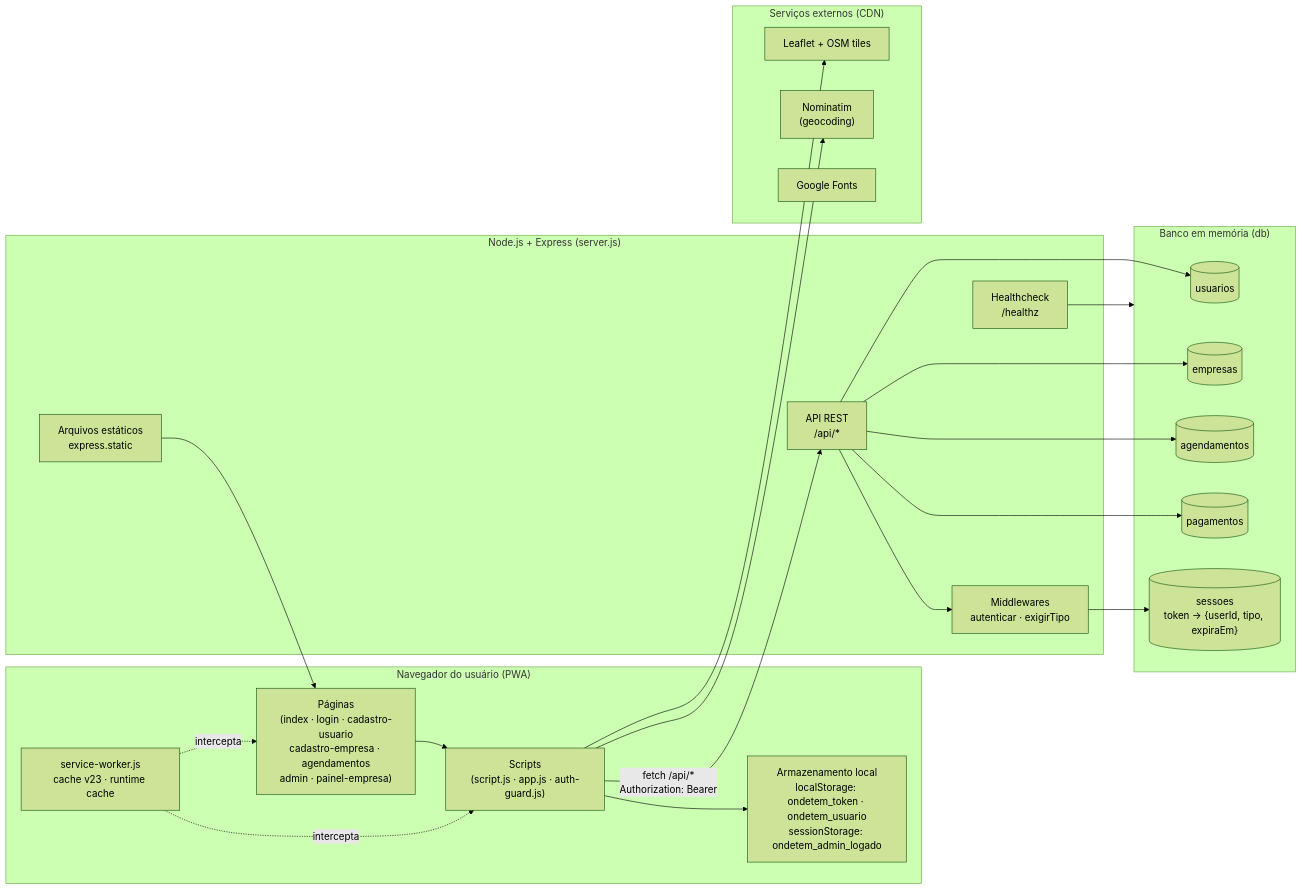
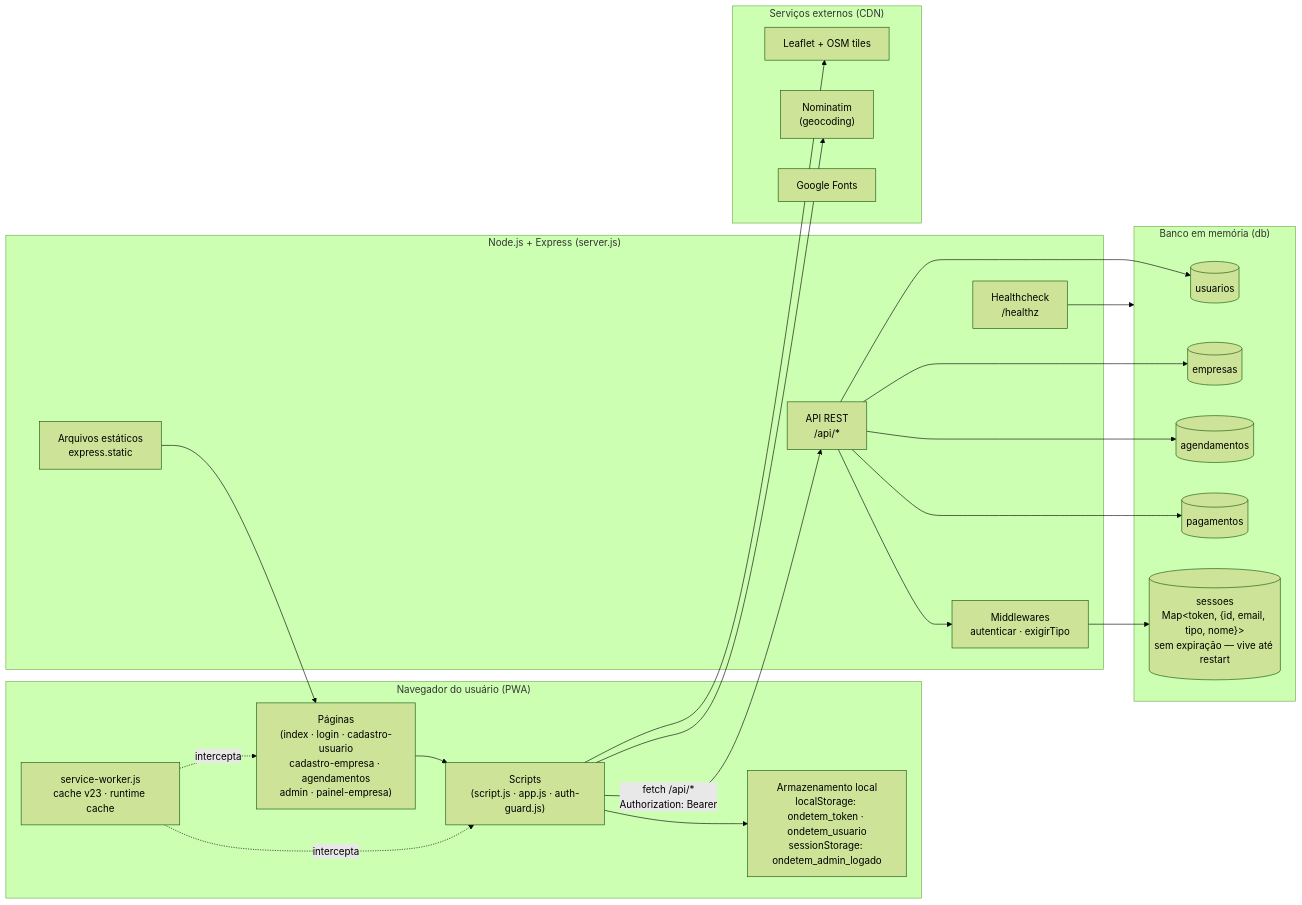
The first of 10 diagrams in docs/fluxograma.md (Dev-Aprendiz0/ondetem), drawn with Mermaid (forest theme) before and after one commit. The commit also changed other lines of this file, not shown here.

Commit message:
docs(fluxograma): corrigir imprecis\u00f5es apontadas pelo Devin Review (sess\u00e3o sem expira\u00e7\u00e3o, stale-while-revalidate, req.usuario)

````diff
--- a/docs/fluxograma.md
+++ b/docs/fluxograma.md
@@ -11,46 +11,46 @@
 ```mermaid
 flowchart LR
     subgraph Client["Navegador do usuário (PWA)"]
         HTML["Páginas<br/>(index · login · cadastro-usuario<br/>cadastro-empresa · agendamentos<br/>admin · painel-empresa)"]
         JS["Scripts<br/>(script.js · app.js · auth-guard.js)"]
         SW["service-worker.js<br/>cache v23 · runtime cache"]
         Storage["Armazenamento local<br/>localStorage: ondetem_token · ondetem_usuario<br/>sessionStorage: ondetem_admin_logado"]
     end
 
     subgraph Server["Node.js + Express (server.js)"]
         Static["Arquivos estáticos<br/>express.static"]
         Mw["Middlewares<br/>autenticar · exigirTipo"]
         Api["API REST<br/>/api/*"]
         Health["Healthcheck<br/>/healthz"]
     end
 
     subgraph Mem["Banco em memória (db)"]
         Users[("usuarios")]
         Empresas[("empresas")]
         Agend[("agendamentos")]
         Pag[("pagamentos")]
-        Sess[("sessoes<br/>token → {userId, tipo, expiraEm}")]
+        Sess[("sessoes<br/>Map&lt;token, {id, email, tipo, nome}&gt;<br/>sem expiração — vive até restart")]
     end
 
     subgraph Ext["Serviços externos (CDN)"]
         Leaflet["Leaflet + OSM tiles"]
         Nominatim["Nominatim<br/>(geocoding)"]
         Fonts["Google Fonts"]
     end
 
     HTML --> JS
     JS -->|"fetch /api/*<br/>Authorization: Bearer"| Api
     JS --> Storage
     JS --> Leaflet
     JS --> Nominatim
     SW -.intercepta.-> HTML
     SW -.intercepta.-> JS
     Api --> Mw
     Mw --> Sess
     Api --> Users
     Api --> Empresas
     Api --> Agend
     Api --> Pag
     Static --> HTML
     Health --> Mem
 ```
````
